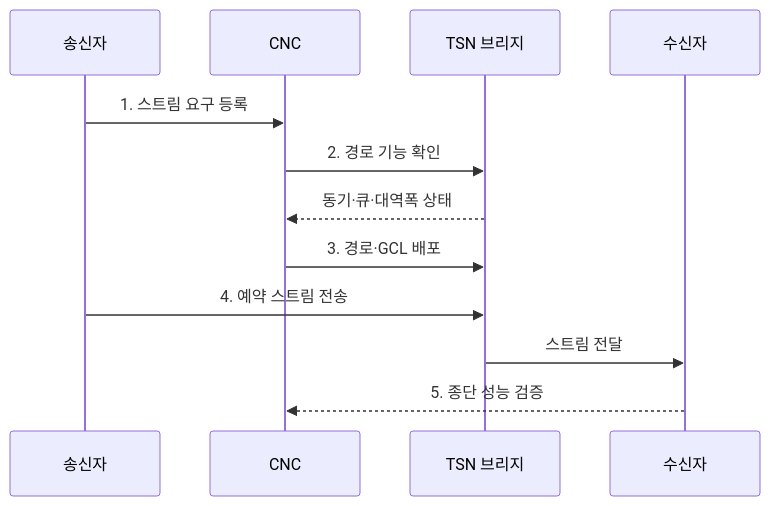
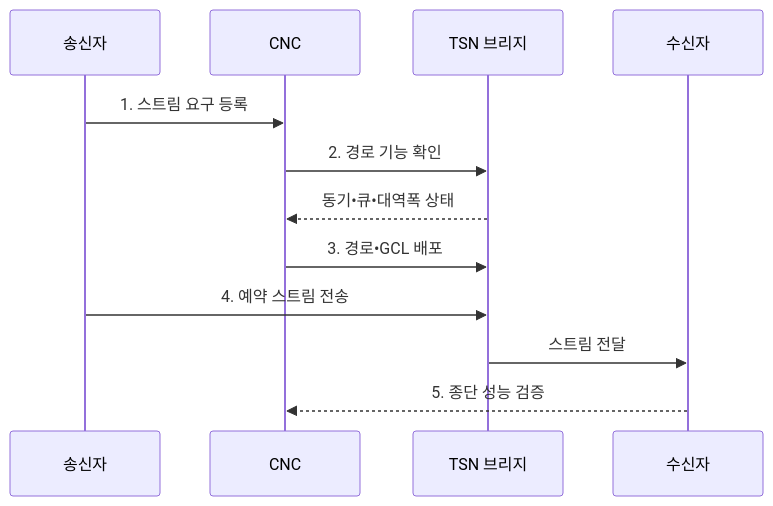
Before and after one commit to agnusdei1207/knowledge-base: the second of 2 diagrams in src/content/docs/notes/04-network/083_time_sensitive_networking.md, drawn with Mermaid. The commit also changed other lines of this file and 953 other files, not shown here.

````diff
--- a/src/content/docs/notes/04-network/083_time_sensitive_networking.md
+++ b/src/content/docs/notes/04-network/083_time_sensitive_networking.md
@@ -107,14 +107,14 @@
 ```mermaid
 sequenceDiagram
     participant T as 송신자
     participant C as CNC
     participant B as TSN 브리지
     participant L as 수신자
     T->>C: 1. 스트림 요구 등록
     C->>B: 2. 경로 기능 확인
-    B-->>C: 동기·큐·대역폭 상태
-    C->>B: 3. 경로·GCL 배포
+    B-->>C: 동기•큐•대역폭 상태
+    C->>B: 3. 경로•GCL 배포
     T->>B: 4. 예약 스트림 전송
     B->>L: 스트림 전달
     L-->>C: 5. 종단 성능 검증
 ```
````
